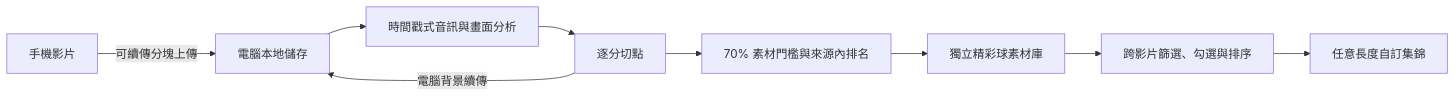
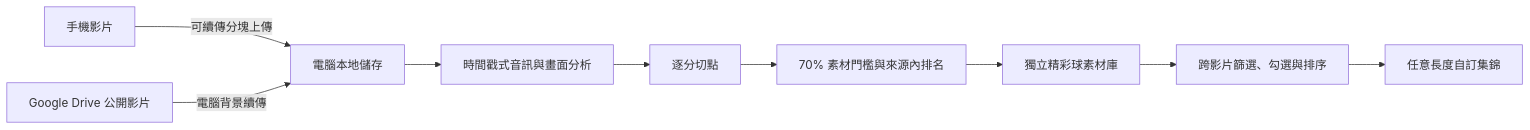
The diagram in README.md (momonong/pingpong-auto-highlight), drawn with Mermaid before and after one commit. The commit also changed other lines of this file and 5 other files, not shown here.

Commit message:
docs: document storage architecture and pCloud roadmap

````diff
--- a/README.md
+++ b/README.md
@@ -390,11 +424,11 @@
 ```mermaid
 flowchart LR
     A["手機影片"] -->|"可續傳分塊上傳"| B["電腦本地儲存"]
-    D["Google Drive 公開影片"] -->|"電腦背景續傳"| B
+    GD["Google Drive 公開影片"] -->|"電腦背景續傳"| B
     B --> C["時間戳式音訊與畫面分析"]
-    C --> D["逐分切點"]
-    D --> E["70% 素材門檻與來源內排名"]
+    C --> P["逐分切點"]
+    P --> E["70% 素材門檻與來源內排名"]
     E --> F["獨立精彩球素材庫"]
     F --> G["跨影片篩選、勾選與排序"]
     G --> H["任意長度自訂集錦"]
 ```
````
